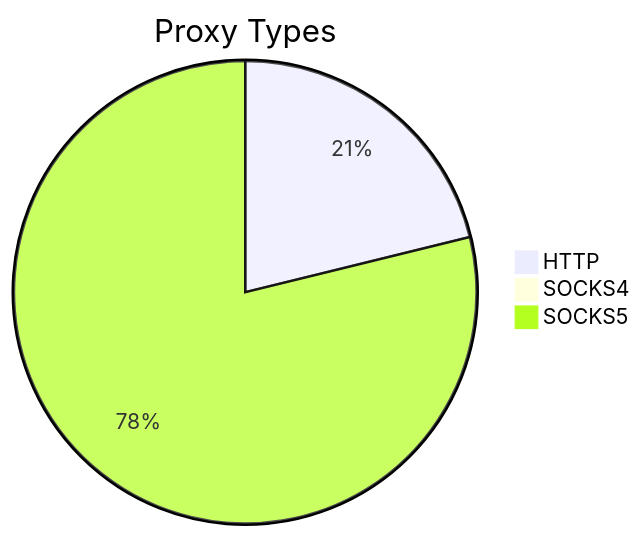
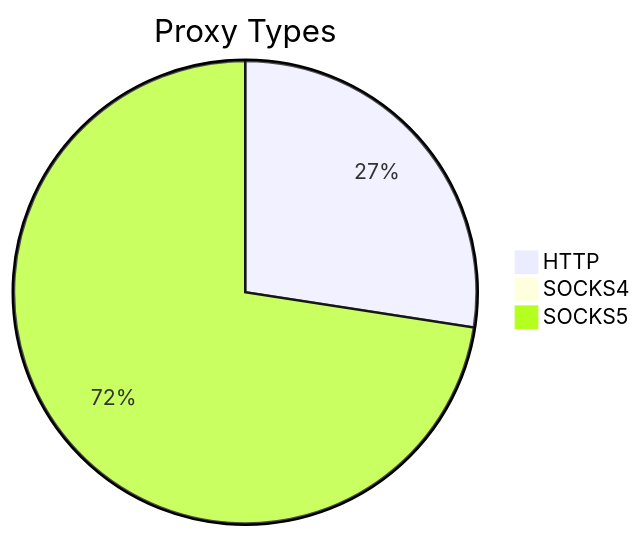
Before and after one commit to stormsia/proxy-list: the first of 2 diagrams in README.md, drawn with Mermaid. The commit also changed other lines of this file, not shown here.

````diff
--- a/README.md
+++ b/README.md
@@ -21,6 +21,6 @@
 ```mermaid
 pie title Proxy Types
-    "HTTP" : 765
-    "SOCKS4" : 31
-    "SOCKS5" : 2850
+    "HTTP" : 1255
+    "SOCKS4" : 20
+    "SOCKS5" : 3320
 ```
````
